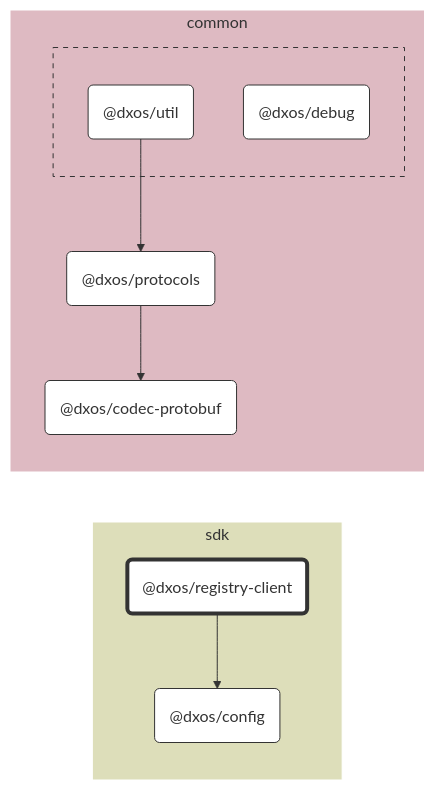
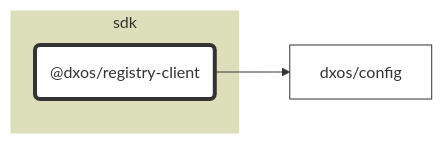
One commit to dxos/dxos changed the diagram in packages/sdk/registry-client/docs/README.md. Above: the diagram before and after it, drawn with Mermaid. The commit also changed 84 other files, not shown here.

````diff
--- a/packages/sdk/registry-client/docs/README.md
+++ b/packages/sdk/registry-client/docs/README.md
@@ -7,53 +7,21 @@
 ```mermaid
 %%{ init: {'flowchart':{'curve':'basis'}} }%%
 
 flowchart LR
 
-%% Links
-dxos/protocols --> dxos/codec-protobuf;
-dxos/registry-client --> dxos/config;
-dxos/util --> dxos/protocols;
+%% Classes
+classDef default fill:#fff,stroke:#333,stroke-width:1px
+classDef root fill:#fff,stroke:#333,stroke-width:4px
 
-%% Sections
-subgraph sdk
-  style sdk fill:#dddeba,stroke:#fff;
+%% Nodes
 
-  dxos/config("@dxos/config")
-  dxos/registry-client("@dxos/registry-client")
+subgraph sdk [sdk]
+  style sdk fill:#dddeba,stroke:#fff
+  dxos/registry-client("@dxos/registry-client"):::root
+  click dxos/registry-client "dxos/dxos/tree/main/packages/sdk/registry-client/docs"
 end
 
-subgraph common
-  style common fill:#debac2,stroke:#fff;
-
-  dxos/codec-protobuf("@dxos/codec-protobuf")
-  dxos/protocols("@dxos/protocols")
-
-  subgraph common-excluded [ ]
-    style common-excluded fill:#debac2,stroke:#333,stroke-dasharray:5 5;
-
-    dxos/debug("@dxos/debug")
-    dxos/util("@dxos/util")
-  end
-end
-
-
-%% Hyperlinks
-click dxos/codec-protobuf "dxos/dxos/tree/main/packages/common/codec-protobuf/docs";
-click dxos/config "dxos/dxos/tree/main/packages/sdk/config/docs";
-click dxos/debug "dxos/dxos/tree/main/packages/common/debug/docs";
-click dxos/protocols "dxos/dxos/tree/main/packages/common/protocols/docs";
-click dxos/util "dxos/dxos/tree/main/packages/common/util/docs";
-
-%% Styles
-classDef rootNode fill:#fff,stroke:#333,stroke-width:4px
-classDef defaultNode fill:#fff,stroke:#333,stroke-width:1px
+%% Links
 linkStyle default stroke:#333,stroke-width:1px
-
-dxos/registry-client:::rootNode
-
-dxos/codec-protobuf:::defaultNode
-dxos/config:::defaultNode
-dxos/debug:::defaultNode
-dxos/protocols:::defaultNode
-dxos/util:::defaultNode
+dxos/registry-client --> dxos/config
 ```
````
